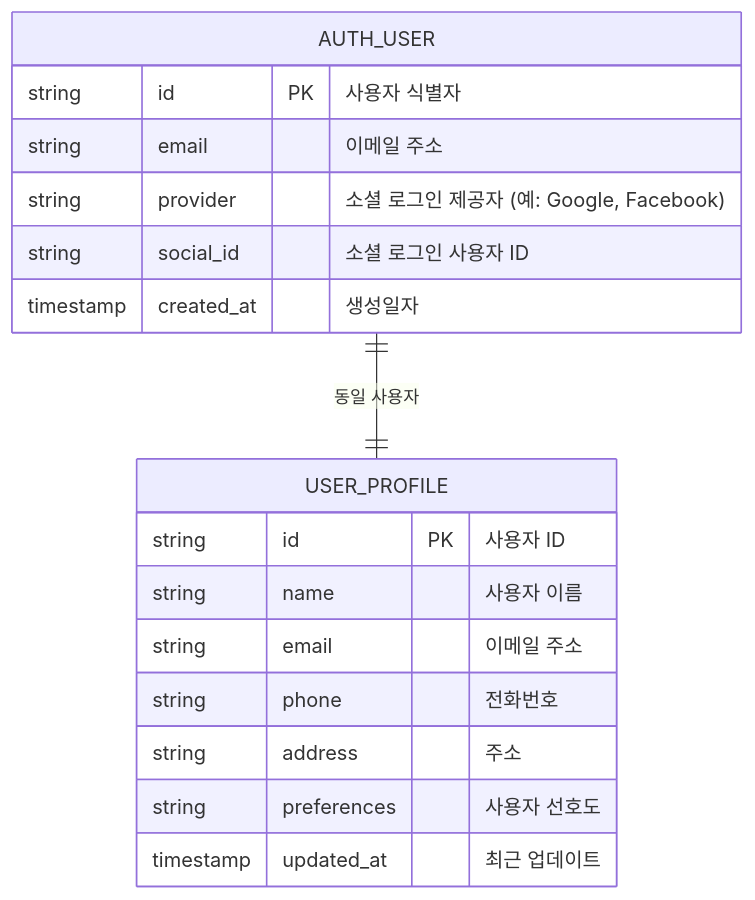
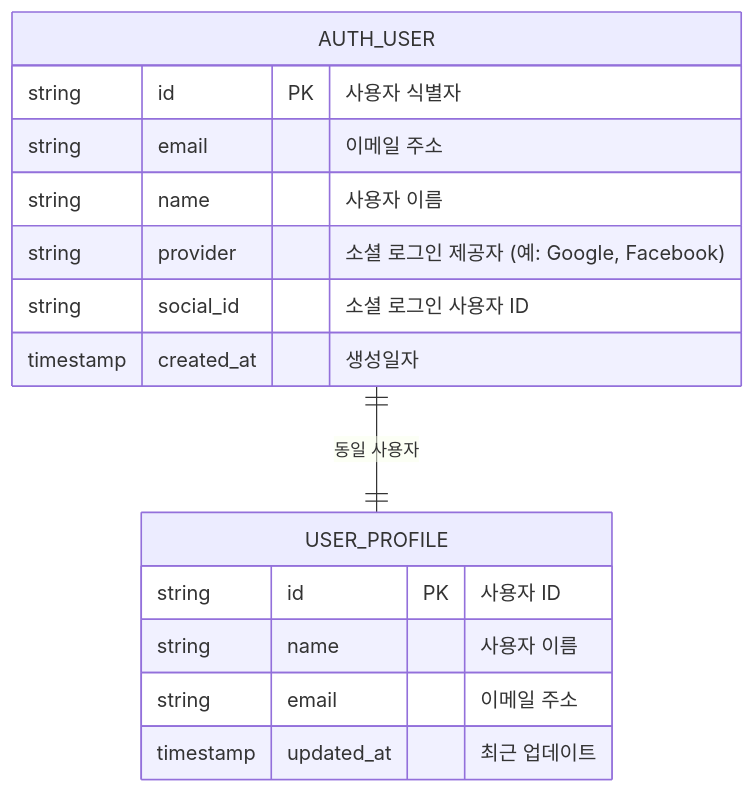
The diagram in README.md (The-Tree-for-You/auth_service), drawn with Mermaid before and after one commit.

````diff
--- a/README.md
+++ b/README.md
@@ -5,25 +5,23 @@
 ```mermaid
 erDiagram
     %% Auth 서비스 데이터베이스 (Social Login 기반)
     AUTH_USER {
       string id PK "사용자 식별자"
       string email "이메일 주소"
+      string name "사용자 이름"
       string provider "소셜 로그인 제공자 (예: Google, Facebook)"
       string social_id "소셜 로그인 사용자 ID"
       timestamp created_at "생성일자"
     }
     
     %% User 서비스 데이터베이스
     USER_PROFILE {
       string id PK "사용자 ID"
       string name "사용자 이름"
       string email "이메일 주소"
-      string phone "전화번호"
-      string address "주소"
-      string preferences "사용자 선호도"
       timestamp updated_at "최근 업데이트"
     }
     
     %% 논리적 관계 (각 서비스의 DB는 독립적이므로 물리적 FK 제약은 없음)
     AUTH_USER ||--|| USER_PROFILE : "동일 사용자"
 ```
````
